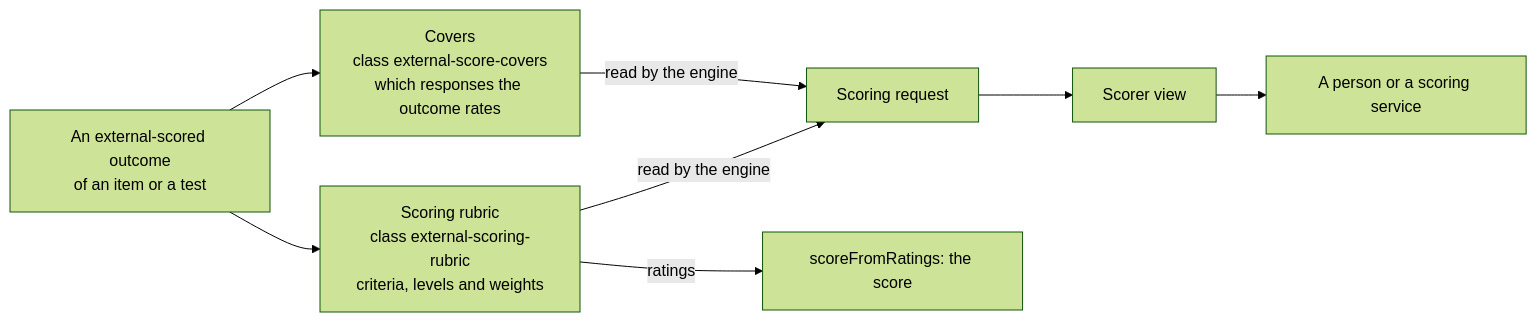
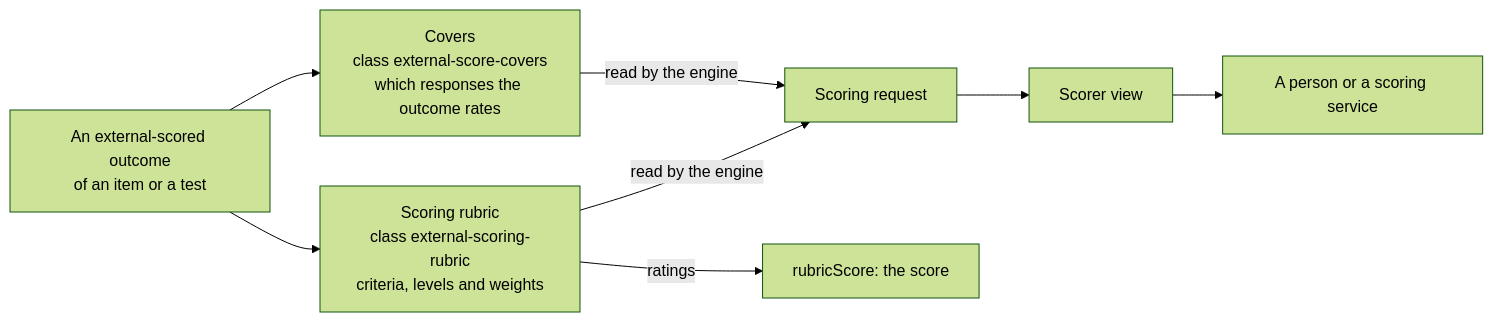
One commit to assesskit/assesskit changed the first of 3 diagrams in docs/runtime/conventions.md. Above: the diagram before and after it, drawn with Mermaid (forest theme). The commit also changed other lines of this file and 285 other files, not shown here.

````diff
--- a/docs/runtime/conventions.md
+++ b/docs/runtime/conventions.md
@@ -7,10 +7,10 @@
 ```mermaid
 flowchart LR
   outcome["An external-scored outcome<br/>of an item or a test"] --> covers["Covers<br/>class external-score-covers<br/>which responses the outcome rates"]
   outcome --> rubric["Scoring rubric<br/>class external-scoring-rubric<br/>criteria, levels and weights"]
   covers -->|"read by the engine"| request["Scoring request"]
   rubric -->|"read by the engine"| request
   request --> view["Scorer view"]
   view --> scorer["A person or a scoring service"]
-  rubric -->|"ratings"| score["scoreFromRatings: the score"]
+  rubric -->|"ratings"| score["rubricScore: the score"]
 ```
````
